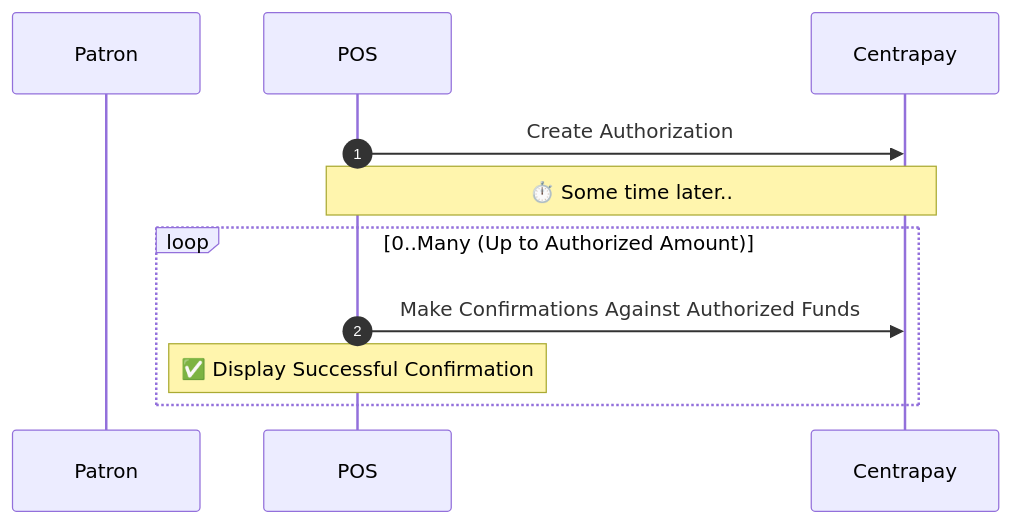
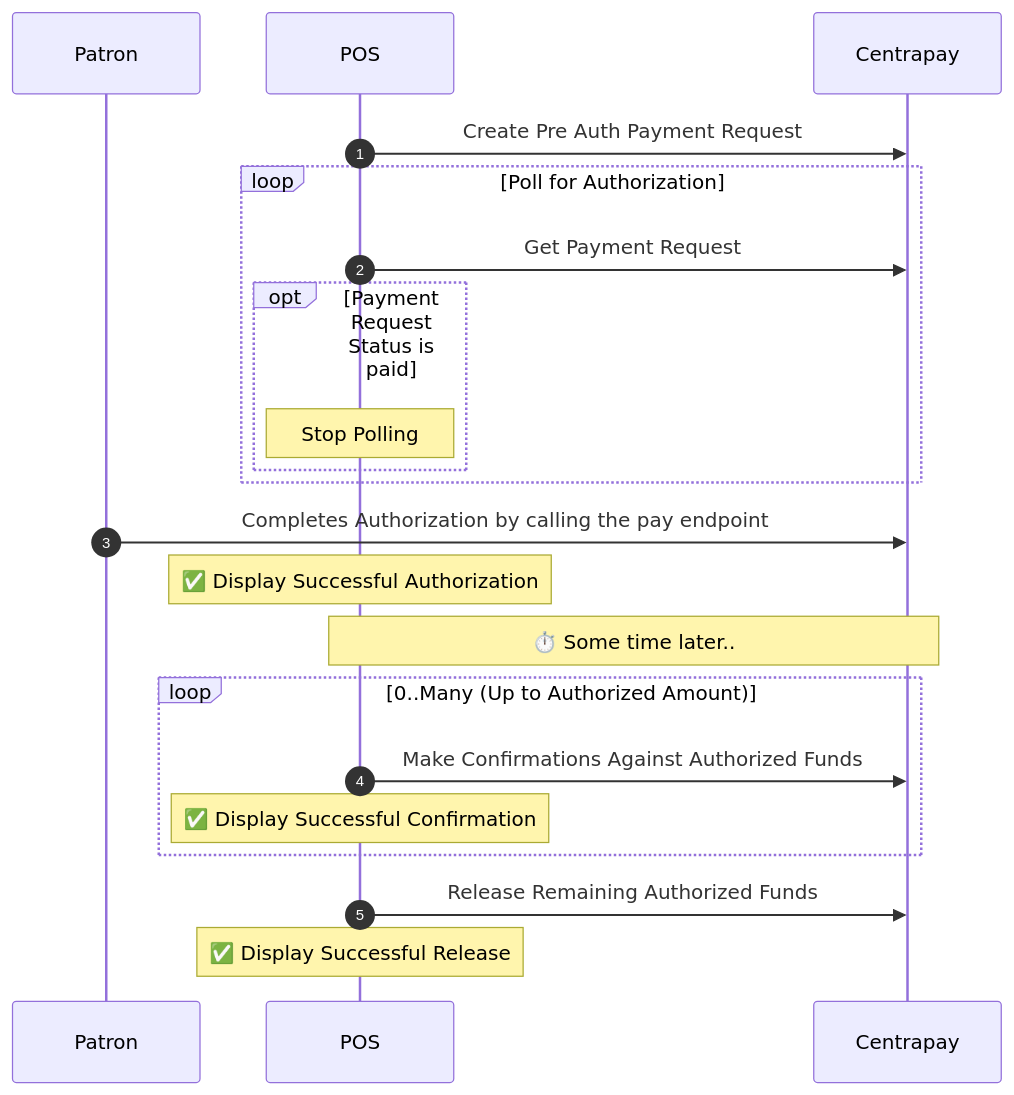
One commit to centrapay/centrapay-docs changed the second of 2 diagrams in src/content/guides/requesting-pre-auth.mdx. Above: the diagram before and after it, drawn with Mermaid. The commit also changed other lines of this file, not shown here.

Commit message:
Update existing pre auth flow documentation to include non quick pay examples

````diff
--- a/src/content/guides/requesting-pre-auth.mdx
+++ b/src/content/guides/requesting-pre-auth.mdx
@@ -95,17 +117,31 @@
 ```mermaid
 sequenceDiagram
 	autonumber
 
-	participant P as Patron
+	participant Patron
 	participant POS
-	participant C as Centrapay
+	participant Centrapay
 
-	POS->>C: Create Authorization
+	POS->>Centrapay: Create Pre Auth Payment Request
 
-	note over POS, C: ⏱️ Some time later..
+	loop Poll for Authorization
+		POS->>Centrapay: Get Payment Request
+		opt Payment Request Status is paid
+			Note over POS: Stop Polling
+		end
+	end
+
+  Patron->>Centrapay: Completes Authorization by calling the pay endpoint
+
+	note over POS: ✅ Display Successful Authorization
+
+	note over POS, Centrapay: ⏱️ Some time later..
 
 	loop 0..Many (Up to Authorized Amount)
-		POS->>C: Make Confirmations Against Authorized Funds
-		Note over POS: ✅ Display Successful Confirmation
+		POS->>Centrapay: Make Confirmations Against Authorized Funds
+		note over POS: ✅ Display Successful Confirmation
 	end
+
+	POS->>Centrapay: Release Remaining Authorized Funds
+	note over POS: ✅ Display Successful Release
 ```
````
